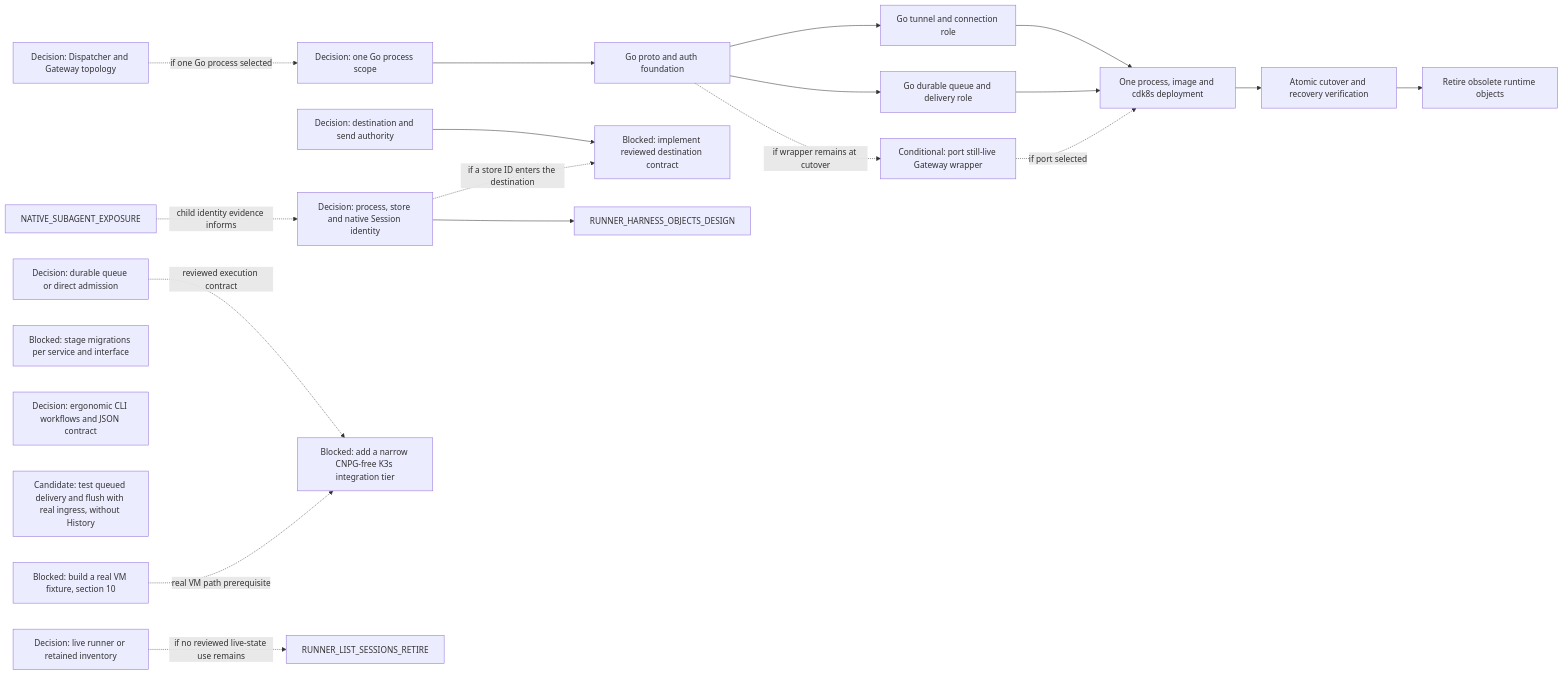
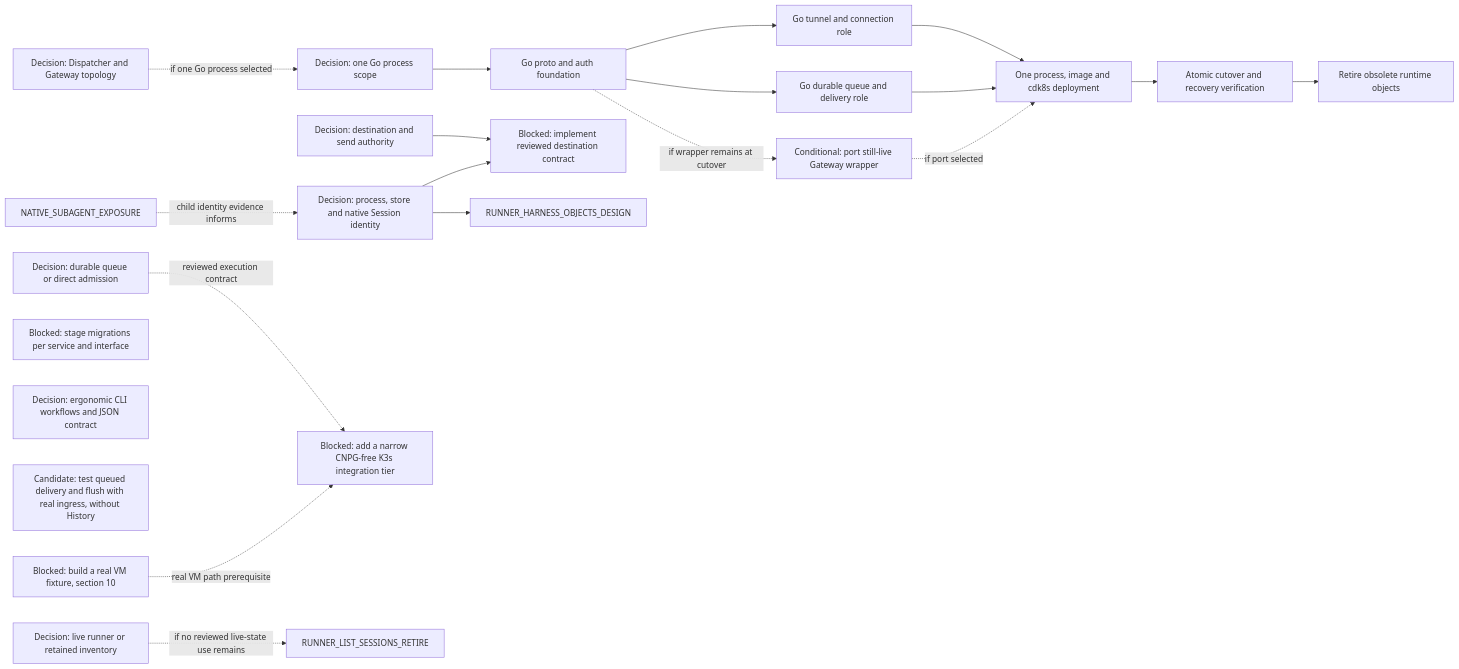
Diagram 17 of 17 in agentplane/plans/task_dag.md (agentydragon/ducktape), drawn with Mermaid before and after one commit. The commit also changed other lines of this file and 1 other file, not shown here.

Commit message:
docs(agentplane): record store and session destination identity

````diff
--- a/agentplane/plans/task_dag.md
+++ b/agentplane/plans/task_dag.md
@@ -1495,39 +1495,39 @@
 ```mermaid
 flowchart LR
     DISPATCHER_PERSISTENCE_MODEL_DESIGN[Decision: durable queue or direct admission]
     DISPATCHER_GATEWAY_TOPOLOGY_DESIGN[Decision: Dispatcher and Gateway topology]
     DELIVERY_UNIFICATION_SCOPE_DECISION[Decision: one Go process scope]
     DELIVERY_GO_PROTOCOL_AUTH[Go proto and auth foundation]
     DELIVERY_GO_GATEWAY[Go tunnel and connection role]
     DELIVERY_GO_DISPATCHER[Go durable queue and delivery role]
     DELIVERY_GO_LEGACY_WRAPPER[Conditional: port still-live Gateway wrapper]
     DELIVERY_GO_INTEGRATION[One process, image and cdk8s deployment]
     DELIVERY_UNIFIED_CUTOVER[Atomic cutover and recovery verification]
     DELIVERY_OLD_RUNTIME_RETIRE[Retire obsolete runtime objects]
     RUNNER_INVENTORY_AUTHORITY_DESIGN[Decision: live runner or retained inventory]
     DELIVERY_DESTINATION_AUTHORITY_DESIGN[Decision: destination and send authority]
     DELIVERY_DESTINATION_CONTRACT[Blocked: implement reviewed destination contract]
     HARNESS_IDENTITY_DESIGN[Decision: process, store and native Session identity]
     SERVICE_API_TRANSPORT_MIGRATIONS[Blocked: stage migrations per service and interface]
     AGENT_API_TOOLING_DESIGN[Decision: ergonomic CLI workflows and JSON contract]
     RUNNER_DELIVERY_INGRESS_ACCEPTANCE[Candidate: test queued delivery and flush with real ingress, without History]
     CNPG_FREE_K3S_INTEGRATION_TIER[Blocked: add a narrow CNPG-free K3s integration tier]
     K3S_VM_IMAGE[Blocked: build a real VM fixture, section 10]
     DISPATCHER_GATEWAY_TOPOLOGY_DESIGN -. if one Go process selected .-> DELIVERY_UNIFICATION_SCOPE_DECISION
     DELIVERY_UNIFICATION_SCOPE_DECISION --> DELIVERY_GO_PROTOCOL_AUTH
     DELIVERY_GO_PROTOCOL_AUTH --> DELIVERY_GO_GATEWAY
     DELIVERY_GO_PROTOCOL_AUTH --> DELIVERY_GO_DISPATCHER
     DELIVERY_GO_PROTOCOL_AUTH -. if wrapper remains at cutover .-> DELIVERY_GO_LEGACY_WRAPPER
     DELIVERY_GO_GATEWAY --> DELIVERY_GO_INTEGRATION
     DELIVERY_GO_DISPATCHER --> DELIVERY_GO_INTEGRATION
     DELIVERY_GO_LEGACY_WRAPPER -. if port selected .-> DELIVERY_GO_INTEGRATION
     DELIVERY_GO_INTEGRATION --> DELIVERY_UNIFIED_CUTOVER
     DELIVERY_UNIFIED_CUTOVER --> DELIVERY_OLD_RUNTIME_RETIRE
     RUNNER_INVENTORY_AUTHORITY_DESIGN -. if no reviewed live-state use remains .-> RUNNER_LIST_SESSIONS_RETIRE
     DELIVERY_DESTINATION_AUTHORITY_DESIGN --> DELIVERY_DESTINATION_CONTRACT
-    HARNESS_IDENTITY_DESIGN -. if a store ID enters the destination .-> DELIVERY_DESTINATION_CONTRACT
+    HARNESS_IDENTITY_DESIGN --> DELIVERY_DESTINATION_CONTRACT
     NATIVE_SUBAGENT_EXPOSURE -. child identity evidence informs .-> HARNESS_IDENTITY_DESIGN
     HARNESS_IDENTITY_DESIGN --> RUNNER_HARNESS_OBJECTS_DESIGN
     DISPATCHER_PERSISTENCE_MODEL_DESIGN -. reviewed execution contract .-> CNPG_FREE_K3S_INTEGRATION_TIER
     K3S_VM_IMAGE -. real VM path prerequisite .-> CNPG_FREE_K3S_INTEGRATION_TIER
 ```
````
